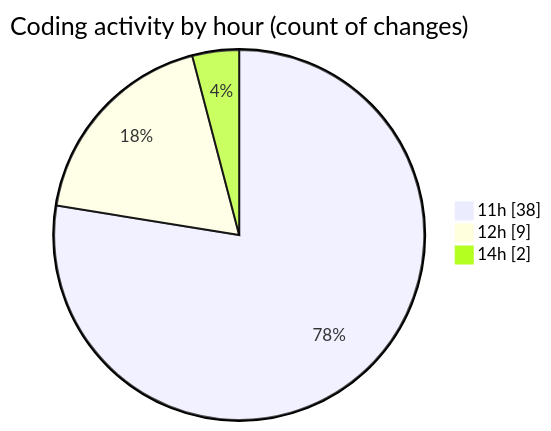
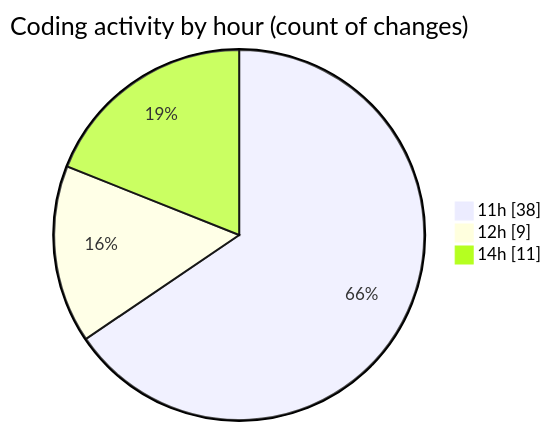
One commit to momahboobian/code-tracking changed the second of 2 diagrams in 2026-03-19/commonwealth-front-end-task/README.md. Above: the diagram before and after it, drawn with Mermaid. The commit also changed other lines of this file and 1 other file, not shown here.

````diff
--- a/2026-03-19/commonwealth-front-end-task/README.md
+++ b/2026-03-19/commonwealth-front-end-task/README.md
@@ -42,7 +46,7 @@
 ```mermaid
 pie showData
 title Coding activity by hour (count of changes)
 "11h" : 38
 "12h" : 9
-"14h" : 2
+"14h" : 11
 ```
````
